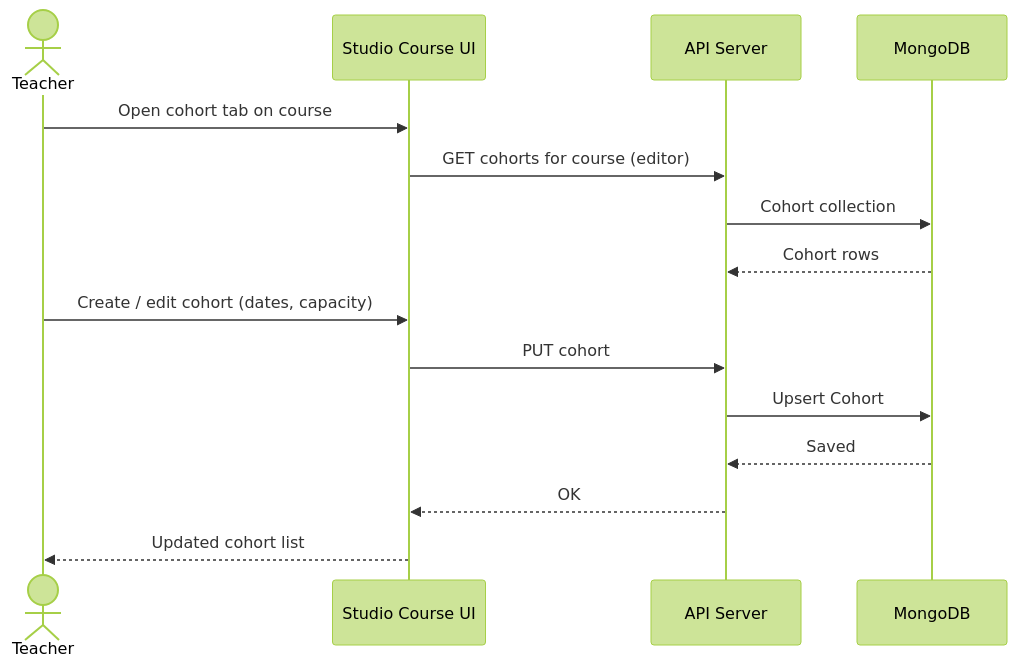
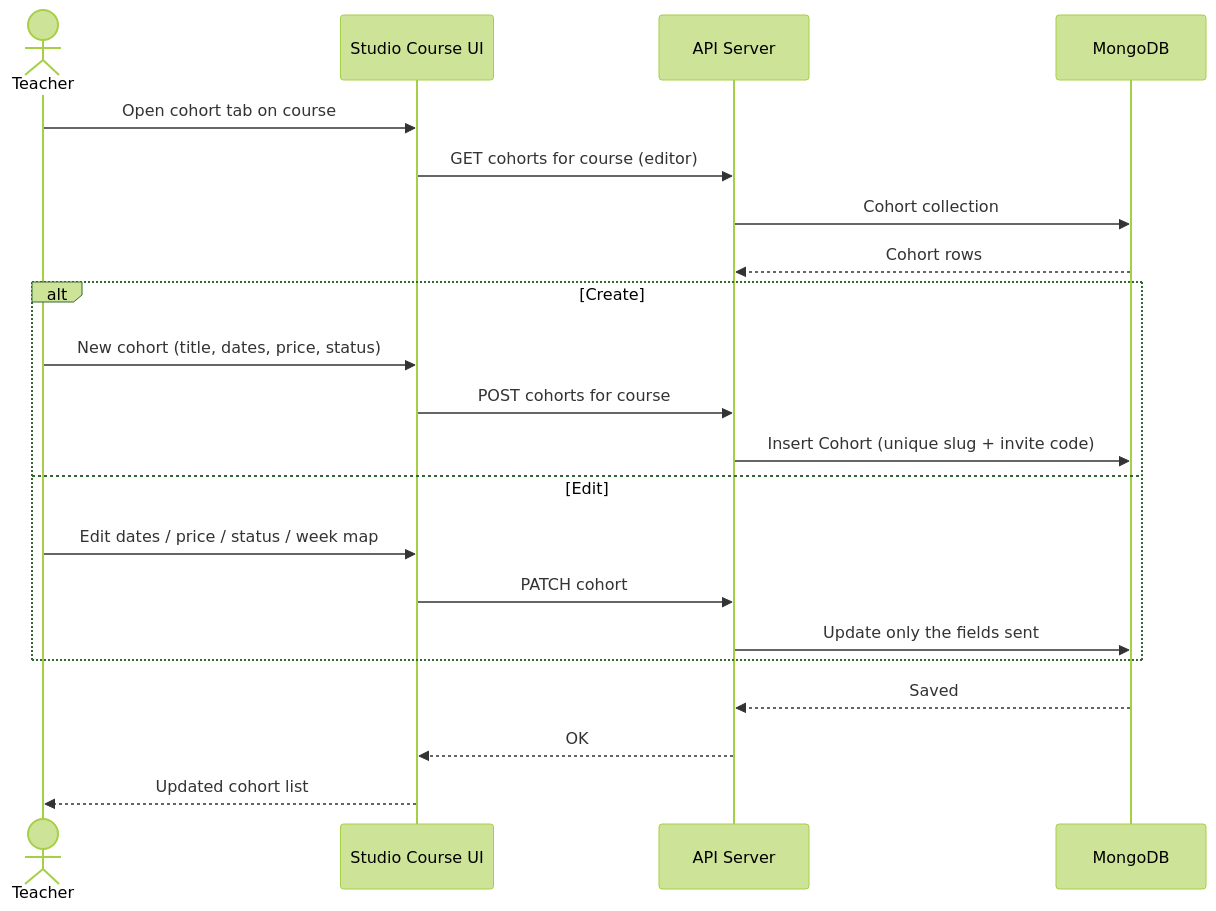
The ninth of 18 diagrams in docs/diagrams/sequence-diagrams-supplement.md (quangg1/ASTRO_EDU), drawn with Mermaid (forest theme) before and after one commit. The commit also changed other lines of this file and 31 other files, not shown here.

First line of the commit message:
docs(diagrams): align use case and sequence diagrams with the code

````diff
--- a/docs/diagrams/sequence-diagrams-supplement.md
+++ b/docs/diagrams/sequence-diagrams-supplement.md
@@ -203,18 +225,24 @@
 ```mermaid
 sequenceDiagram
     actor Teacher
     participant UI as Studio Course UI
     participant API as API Server
     participant DB as MongoDB
 
     Teacher->>UI: Open cohort tab on course
     UI->>API: GET cohorts for course (editor)
     API->>DB: Cohort collection
     DB-->>API: Cohort rows
-    Teacher->>UI: Create / edit cohort (dates, capacity)
-    UI->>API: PUT cohort
-    API->>DB: Upsert Cohort
+    alt Create
+        Teacher->>UI: New cohort (title, dates, price, status)
+        UI->>API: POST cohorts for course
+        API->>DB: Insert Cohort (unique slug + invite code)
+    else Edit
+        Teacher->>UI: Edit dates / price / status / week map
+        UI->>API: PATCH cohort
+        API->>DB: Update only the fields sent
+    end
     DB-->>API: Saved
     API-->>UI: OK
     UI-->>Teacher: Updated cohort list
 ```
````
